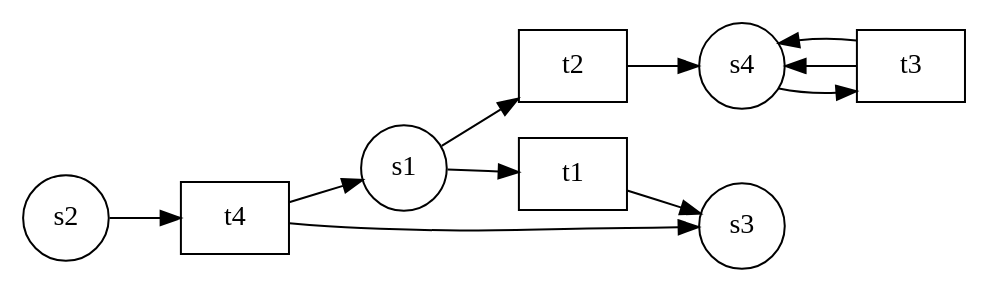
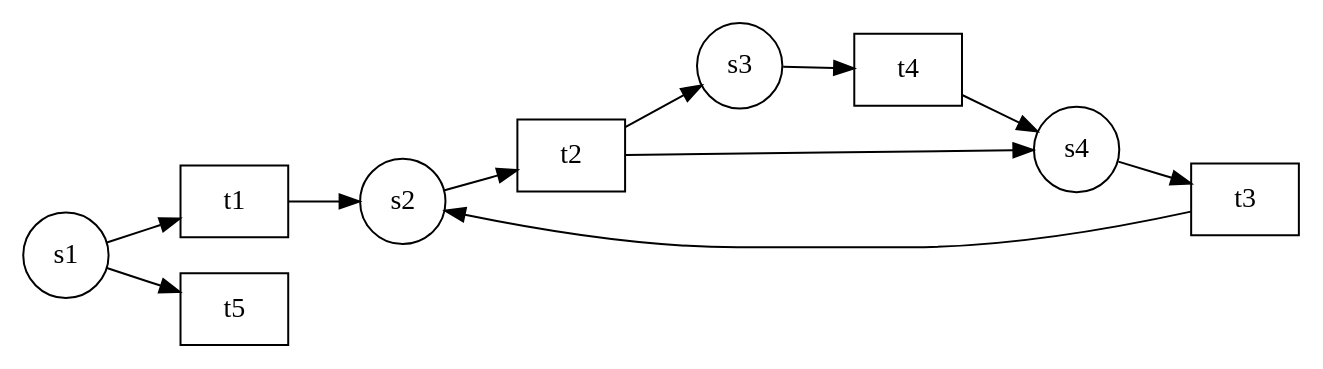
Before and after one commit to dnannen/reduction-of-petri-nets: the diagram in Reduktionsalgorithmen/petri-netz.gv, drawn with Graphviz. The commit also changed 6 other files, not shown here.

```diff
--- a/Reduktionsalgorithmen/petri-netz.gv
+++ b/Reduktionsalgorithmen/petri-netz.gv
@@ -1,22 +1,23 @@
 digraph petrinet{
 node[shape=circle];
 rankdir=LR;
 "s1";
 "s2";
 "s3";
 "s4";
 "t1" [shape=box];
 "t2" [shape=box];
 "t3" [shape=box];
 "t4" [shape=box];
+"t5" [shape=box];
 "s1"->"t1"
-"s1"->"t2"
-"s2"->"t4"
+"s1"->"t5"
+"s2"->"t2"
+"s3"->"t4"
 "s4"->"t3"
-"t1"->"s3"
+"t1"->"s2"
+"t2"->"s3"
 "t2"->"s4"
-"t3"->"s4"
-"t3"->"s4"
-"t4"->"s1"
-"t4"->"s3"
+"t3"->"s2"
+"t4"->"s4"
 }
```
